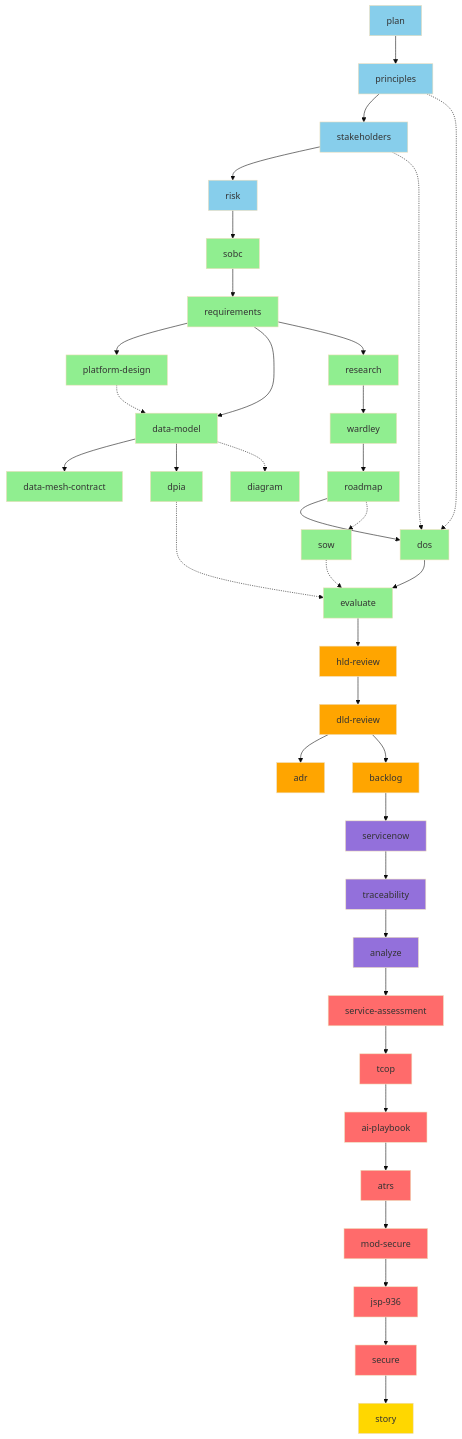
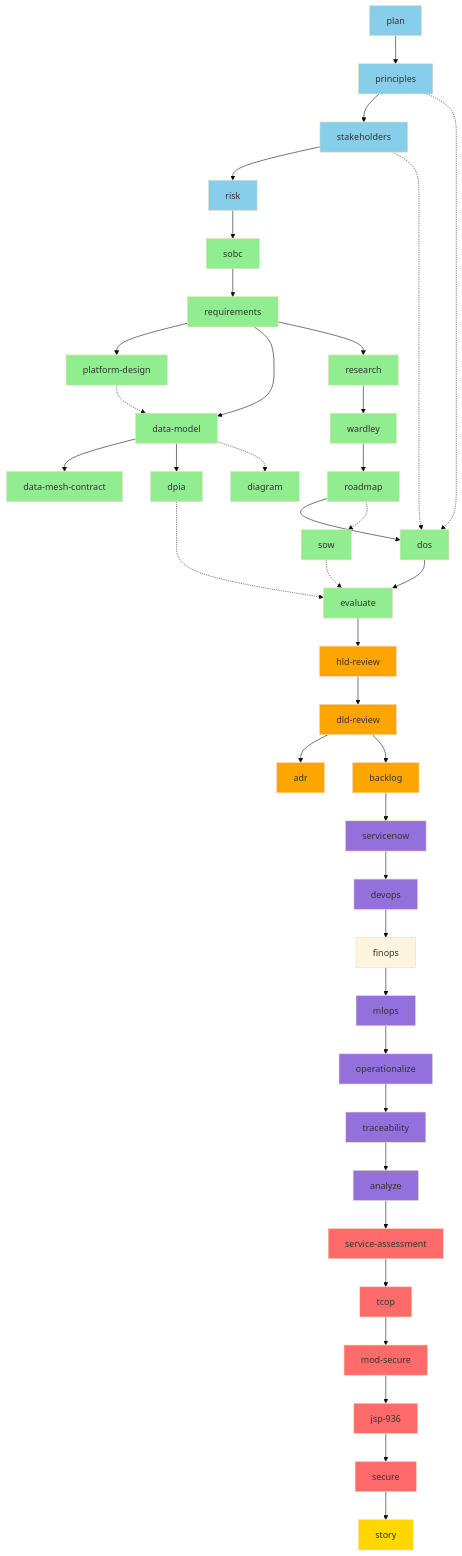
One commit to tractorjuice/arckit-test-project-v8-ons-data-platform changed the fifth of 9 diagrams in WORKFLOW-DIAGRAMS.md. Above: the diagram before and after it, drawn with Mermaid (base theme). The commit also changed other lines of this file and 5 other files, not shown here.

````diff
--- a/WORKFLOW-DIAGRAMS.md
+++ b/WORKFLOW-DIAGRAMS.md
@@ -423,21 +446,23 @@
     R --> T[backlog]
 
     %% Tier 8-9: Operations & Quality
-    T --> U[servicenow]
-    U --> W[traceability]
-    W --> X[analyze]
+    T --> W[servicenow]
+    W --> W1[devops]
+    W1 --> W1a[finops]
+    W1a --> W2[mlops]
+    W2 --> W3[operationalize]
+    W3 --> X[traceability]
+    X --> Y[analyze]
 
     %% Tier 10: MOD + AI Compliance
-    X --> Y[service-assessment]
-    Y --> Y1[tcop]
-    Y1 --> Y2[ai-playbook]
-    Y2 --> Y3[atrs]
-    Y3 --> Y4[mod-secure]
-    Y4 --> Y5[jsp-936]
-    Y5 --> Y6[secure]
+    Y --> Z[service-assessment]
+    Z --> Z1[tcop]
+    Z1 --> Z2[mod-secure]
+    Z2 --> Z3[jsp-936]
+    Z3 --> Z4[secure]
 
     %% Tier 11: Reporting
-    Y6 --> Z[story]
+    Z4 --> AA[story]
 
     style A fill:#87CEEB
     style B fill:#87CEEB
@@ -459,16 +484,17 @@
     style R fill:#FFA500
     style S fill:#FFA500
     style T fill:#FFA500
-    style U fill:#9370DB
     style V fill:#90EE90
     style W fill:#9370DB
+    style W1 fill:#9370DB
+    style W2 fill:#9370DB
+    style W3 fill:#9370DB
     style X fill:#9370DB
-    style Y fill:#FF6B6B
-    style Y1 fill:#FF6B6B
-    style Y2 fill:#FF6B6B
-    style Y3 fill:#FF6B6B
-    style Y4 fill:#FF6B6B
-    style Y5 fill:#FF6B6B
-    style Y6 fill:#FF6B6B
-    style Z fill:#FFD700
+    style Y fill:#9370DB
+    style Z fill:#FF6B6B
+    style Z1 fill:#FF6B6B
+    style Z2 fill:#FF6B6B
+    style Z3 fill:#FF6B6B
+    style Z4 fill:#FF6B6B
+    style AA fill:#FFD700
 ```
````
